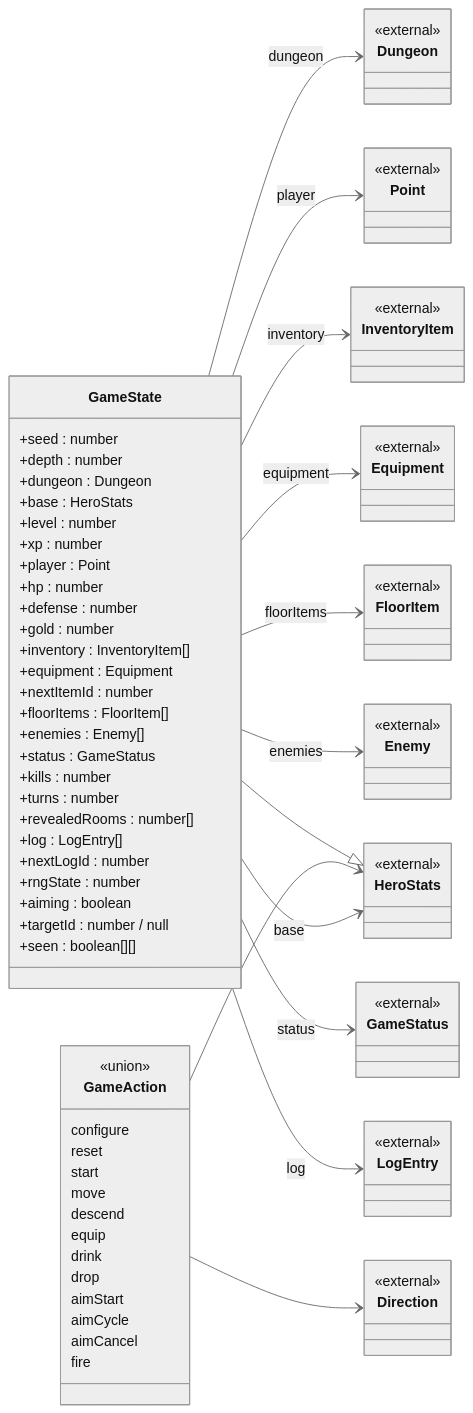
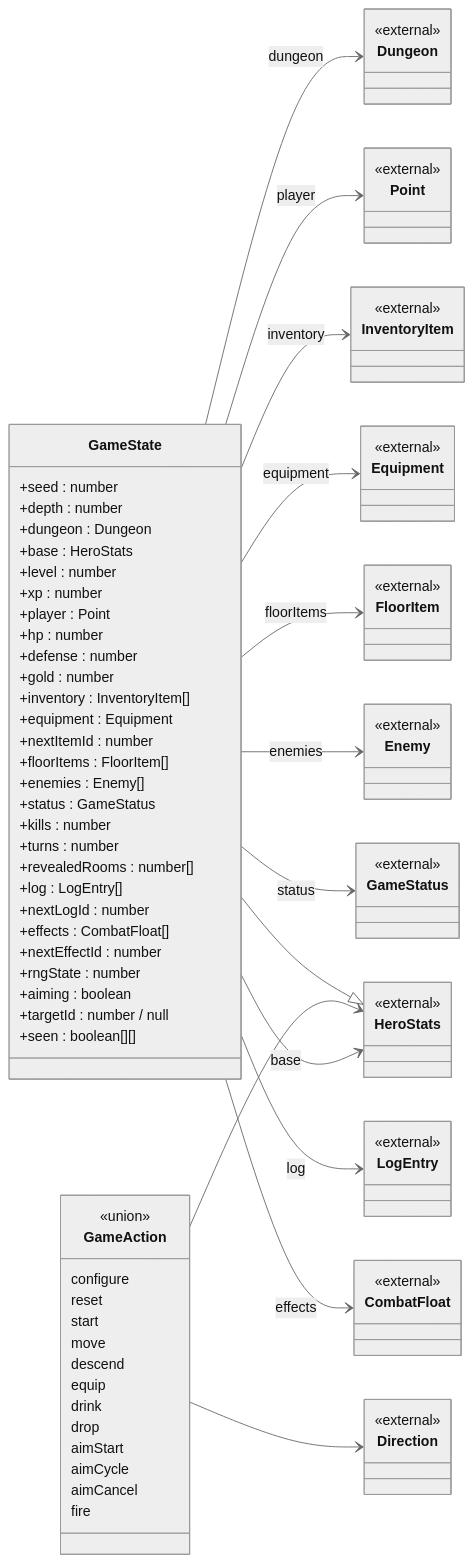
One commit to norarcasey/legends-of-noragon changed the second of 4 diagrams in docs/DOMAIN_MODEL.md. Above: the diagram before and after it, drawn with Mermaid (neutral theme). The commit also changed other lines of this file and 4 other files, not shown here.

````diff
--- a/docs/DOMAIN_MODEL.md
+++ b/docs/DOMAIN_MODEL.md
@@ -230,6 +237,8 @@
     +revealedRooms : number[]
     +log : LogEntry[]
     +nextLogId : number
+    +effects : CombatFloat[]
+    +nextEffectId : number
     +rngState : number
     +aiming : boolean
     +targetId : number / null
@@ -277,6 +286,9 @@
   class LogEntry {
     <<external>>
   }
+  class CombatFloat {
+    <<external>>
+  }
   class Direction {
     <<external>>
   }
@@ -290,6 +302,7 @@
   GameState --> Enemy : enemies
   GameState --> GameStatus : status
   GameState --> LogEntry : log
+  GameState --> CombatFloat : effects
   GameAction --> HeroStats
   GameAction --> Direction
 ```
````
